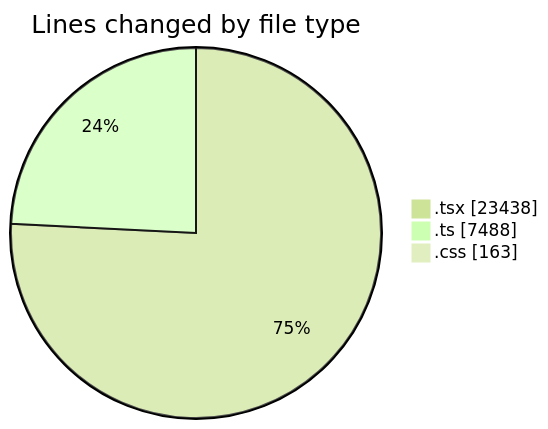
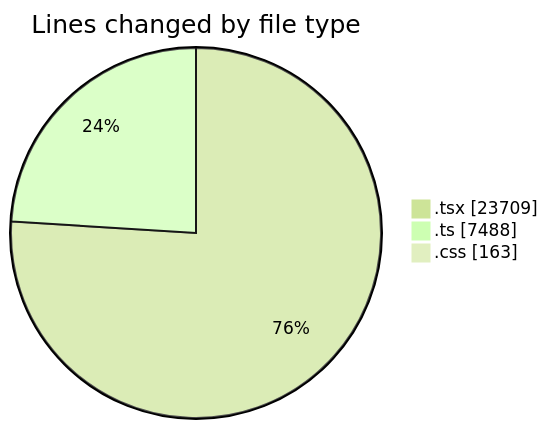
Before and after one commit to nxtqubesakshisongat/code-tracking: the first of 2 diagrams in 2026-08-23/nxtqube_webapp/README.md, drawn with Mermaid (forest theme). The commit also changed other lines of this file and 1 other file, not shown here.

````diff
--- a/2026-08-23/nxtqube_webapp/README.md
+++ b/2026-08-23/nxtqube_webapp/README.md
@@ -75,7 +76,7 @@
 ```mermaid
 pie showData
 title Lines changed by file type
-".tsx" : 23438
+".tsx" : 23709
 ".ts" : 7488
 ".css" : 163
 ```
````
